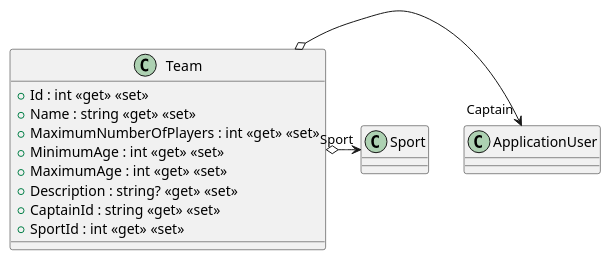
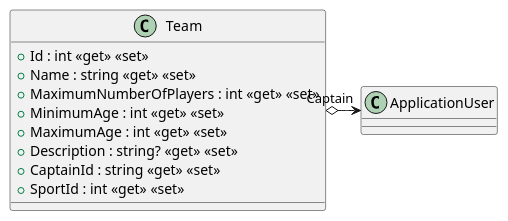
Before and after one commit to ISII2627Erasmus/Barca: the diagram in src/AppForSEII.API/ClassDiagram/Team.puml, drawn with PlantUML. The commit also changed 7 other files, not shown here.

Commit message:
Add Referee model, register DbSet, and generate PlantUML class diagram

```diff
--- a/src/AppForSEII.API/ClassDiagram/Team.puml
+++ b/src/AppForSEII.API/ClassDiagram/Team.puml
@@ -1,12 +1,13 @@
+@startuml
 class Team {
     + Id : int <<get>> <<set>>
     + Name : string <<get>> <<set>>
     + MaximumNumberOfPlayers : int <<get>> <<set>>
     + MinimumAge : int <<get>> <<set>>
     + MaximumAge : int <<get>> <<set>>
     + Description : string? <<get>> <<set>>
     + CaptainId : string <<get>> <<set>>
     + SportId : int <<get>> <<set>>
 }
 Team o-> "Captain" ApplicationUser
-Team o-> "Sport" Sport
+@enduml
```
